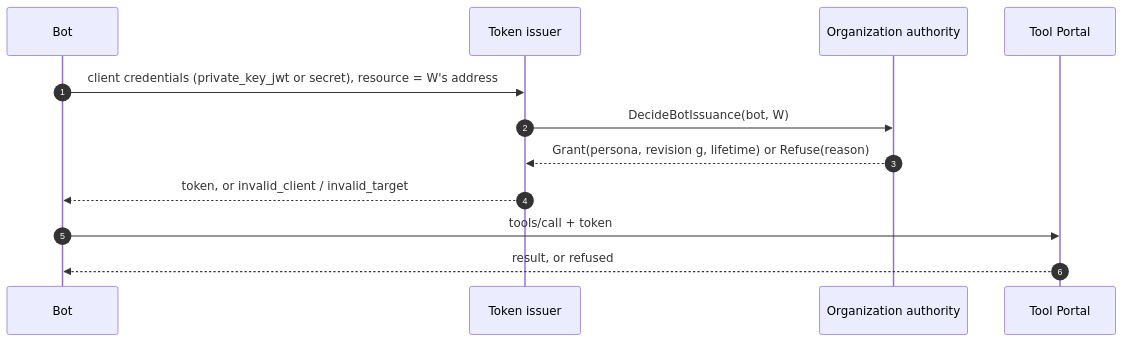
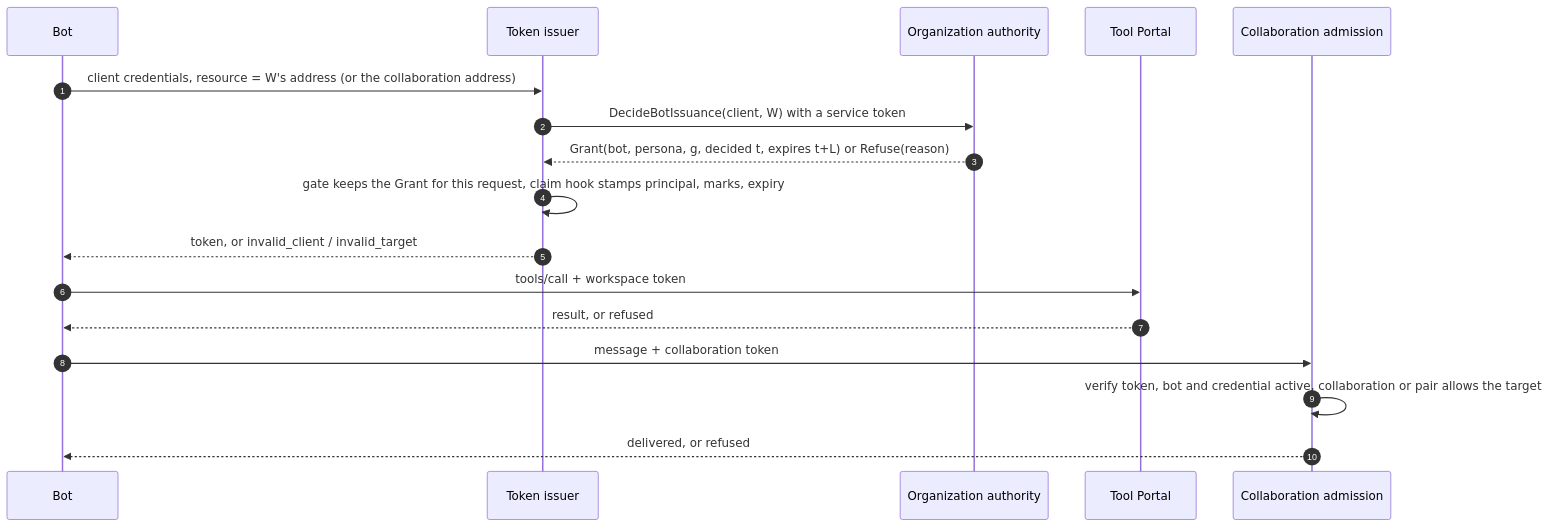
One commit to ShravanSunder/agent-vm changed the fourth of 7 diagrams in docs/specs/2026-10-24-agent-identity/program-design.md. Above: the diagram before and after it, drawn with Mermaid. The commit also changed other lines of this file and 6 other files, not shown here.

````diff
--- a/docs/specs/2026-10-24-agent-identity/program-design.md
+++ b/docs/specs/2026-10-24-agent-identity/program-design.md
@@ -315,14 +438,19 @@
 ```mermaid
 sequenceDiagram
   autonumber
   participant BOT as Bot
   participant B as Token issuer
   participant OA as Organization authority
   participant P as Tool Portal
-  BOT->>B: client credentials (private_key_jwt or secret), resource = W's address
-  B->>OA: DecideBotIssuance(bot, W)
-  OA-->>B: Grant(persona, revision g, lifetime) or Refuse(reason)
+  participant CA as Collaboration admission
+  BOT->>B: client credentials, resource = W's address (or the collaboration address)
+  B->>OA: DecideBotIssuance(client, W) with a service token
+  OA-->>B: Grant(bot, persona, g, decided t, expires t+L) or Refuse(reason)
+  B->>B: gate keeps the Grant for this request, claim hook stamps principal, marks, expiry
   B-->>BOT: token, or invalid_client / invalid_target
-  BOT->>P: tools/call + token
+  BOT->>P: tools/call + workspace token
   P-->>BOT: result, or refused
+  BOT->>CA: message + collaboration token
+  CA->>CA: verify token, bot and credential active, collaboration or pair allows the target
+  CA-->>BOT: delivered, or refused
 ```
````
